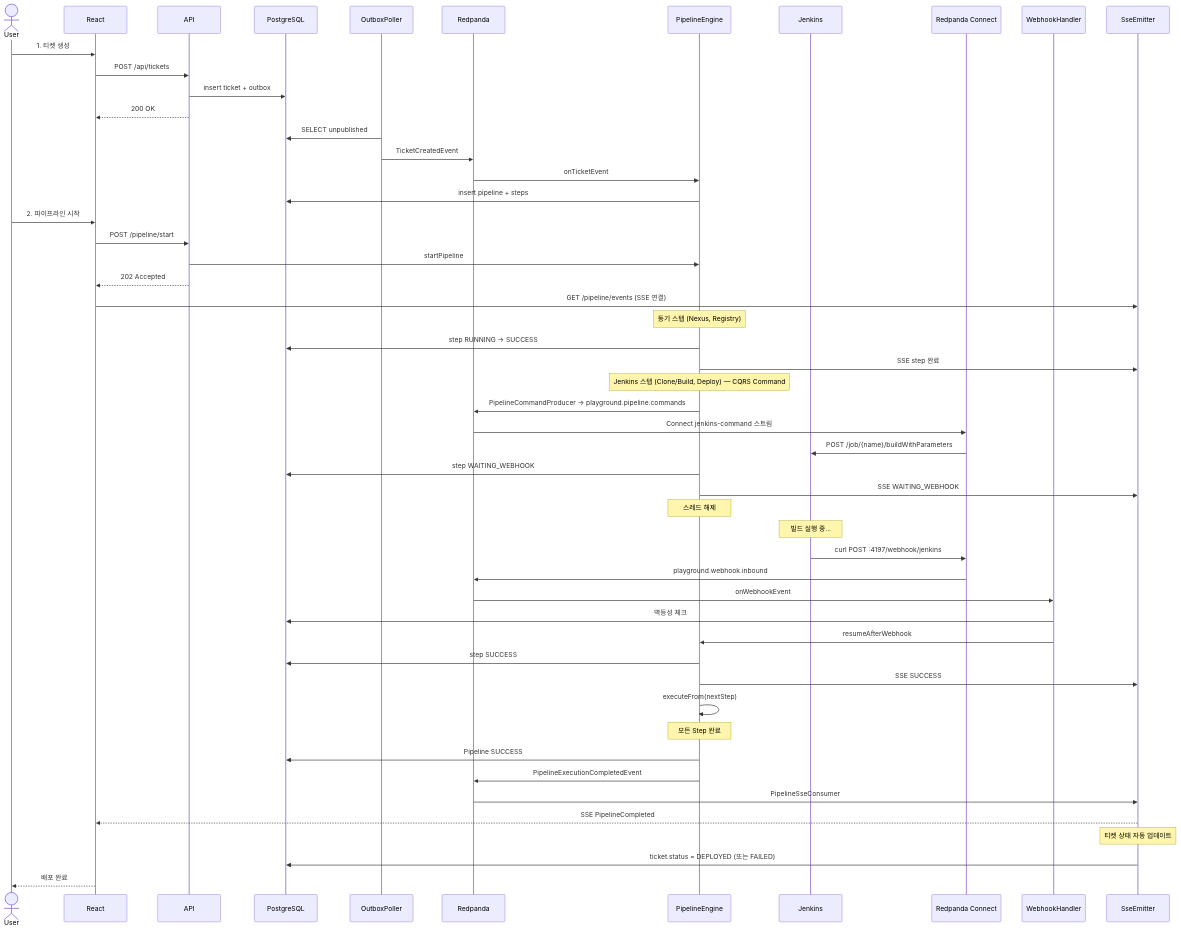
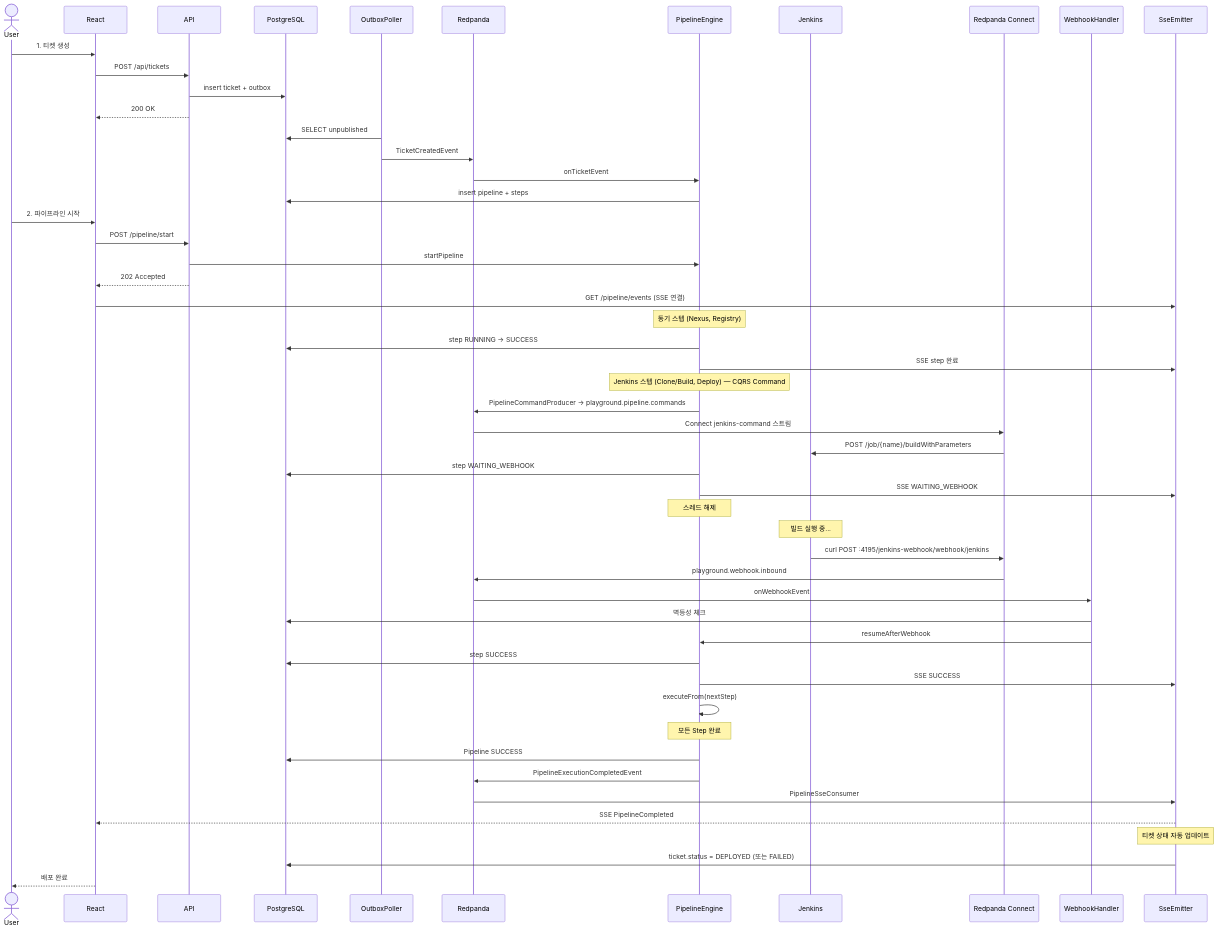
Before and after one commit to scofe97/Redpanda-PlayGround: the eighth of 8 diagrams in docs/architecture.md, drawn with Mermaid. The commit also changed other lines of this file and 20 other files, not shown here.

````diff
--- a/docs/architecture.md
+++ b/docs/architecture.md
@@ -611,62 +611,62 @@
 ```mermaid
 sequenceDiagram
     actor User
     participant React
     participant API
     participant DB as PostgreSQL
     participant Outbox as OutboxPoller
     participant Kafka as Redpanda
     participant Engine as PipelineEngine
     participant JK as Jenkins
     participant RC as Redpanda Connect
     participant WH as WebhookHandler
     participant SSE as SseEmitter
 
     User->>React: 1. 티켓 생성
     React->>API: POST /api/tickets
     API->>DB: insert ticket + outbox
     API-->>React: 200 OK
 
     Outbox->>DB: SELECT unpublished
     Outbox->>Kafka: TicketCreatedEvent
     Kafka->>Engine: onTicketEvent
     Engine->>DB: insert pipeline + steps
 
     User->>React: 2. 파이프라인 시작
     React->>API: POST /pipeline/start
     API->>Engine: startPipeline
     API-->>React: 202 Accepted
     React->>SSE: GET /pipeline/events (SSE 연결)
 
     Note over Engine: 동기 스텝 (Nexus, Registry)
     Engine->>DB: step RUNNING → SUCCESS
     Engine->>SSE: SSE step 완료
 
     Note over Engine: Jenkins 스텝 (Clone/Build, Deploy) — CQRS Command
     Engine->>Kafka: PipelineCommandProducer → playground.pipeline.commands
     Kafka->>RC: Connect jenkins-command 스트림
     RC->>JK: POST /job/{name}/buildWithParameters
     Engine->>DB: step WAITING_WEBHOOK
     Engine->>SSE: SSE WAITING_WEBHOOK
     Note over Engine: 스레드 해제
 
     Note over JK: 빌드 실행 중...
-    JK->>RC: curl POST :4197/webhook/jenkins
+    JK->>RC: curl POST :4195/jenkins-webhook/webhook/jenkins
     RC->>Kafka: playground.webhook.inbound
     Kafka->>WH: onWebhookEvent
     WH->>DB: 멱등성 체크
     WH->>Engine: resumeAfterWebhook
     Engine->>DB: step SUCCESS
     Engine->>SSE: SSE SUCCESS
     Engine->>Engine: executeFrom(nextStep)
 
     Note over Engine: 모든 Step 완료
     Engine->>DB: Pipeline SUCCESS
     Engine->>Kafka: PipelineExecutionCompletedEvent
     Kafka->>SSE: PipelineSseConsumer
     SSE-->>React: SSE PipelineCompleted
 
     Note over SSE: 티켓 상태 자동 업데이트
     SSE->>DB: ticket.status = DEPLOYED (또는 FAILED)
     React-->>User: 배포 완료
 ```
````
